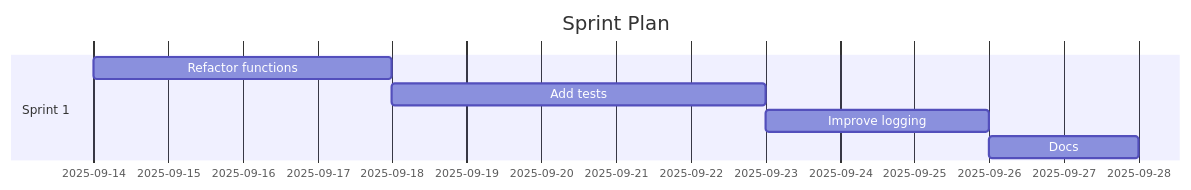
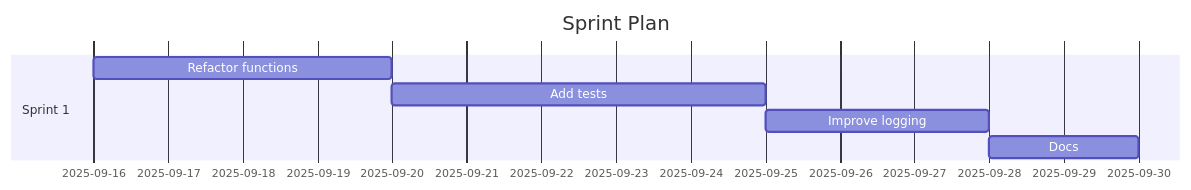
One commit to Anselmoo/mcp-ai-agent-guidelines changed the diagram in demos/demo-code-analysis.sprint.md. Above: the diagram before and after it, drawn with Mermaid. The commit also changed other lines of this file and 33 other files, not shown here.

````diff
--- a/demos/demo-code-analysis.sprint.md
+++ b/demos/demo-code-analysis.sprint.md
@@ -58,11 +58,11 @@
 ```mermaid
 gantt
 	dateFormat  YYYY-MM-DD
 	title Sprint Plan
 %% Accessibility: Title=Project Sprint Plan; Description=Gantt chart of sprints and tasks over time. %%
   section Sprint 1
-  Refactor functions :s1t0, 2025-09-14, 4d
-  Add tests :s1t1, 2025-09-18, 5d
-  Improve logging :s1t2, 2025-09-23, 3d
-  Docs :s1t3, 2025-09-26, 2d
+  Refactor functions :s1t0, 2025-09-16, 4d
+  Add tests :s1t1, 2025-09-20, 5d
+  Improve logging :s1t2, 2025-09-25, 3d
+  Docs :s1t3, 2025-09-28, 2d
 ```
````
